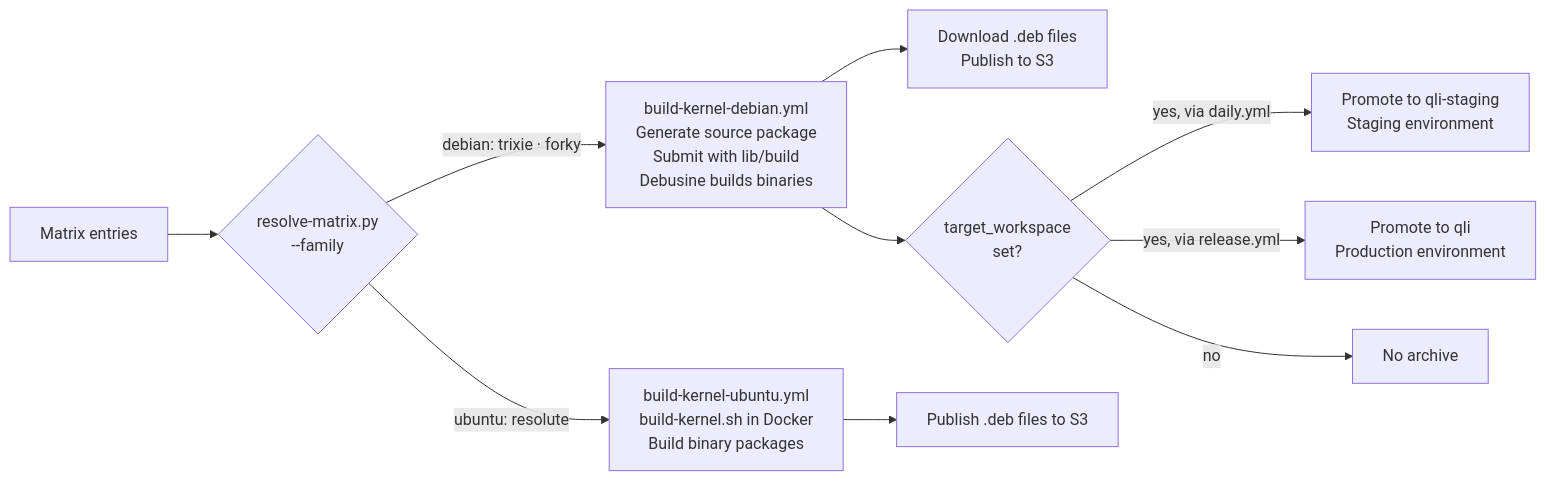
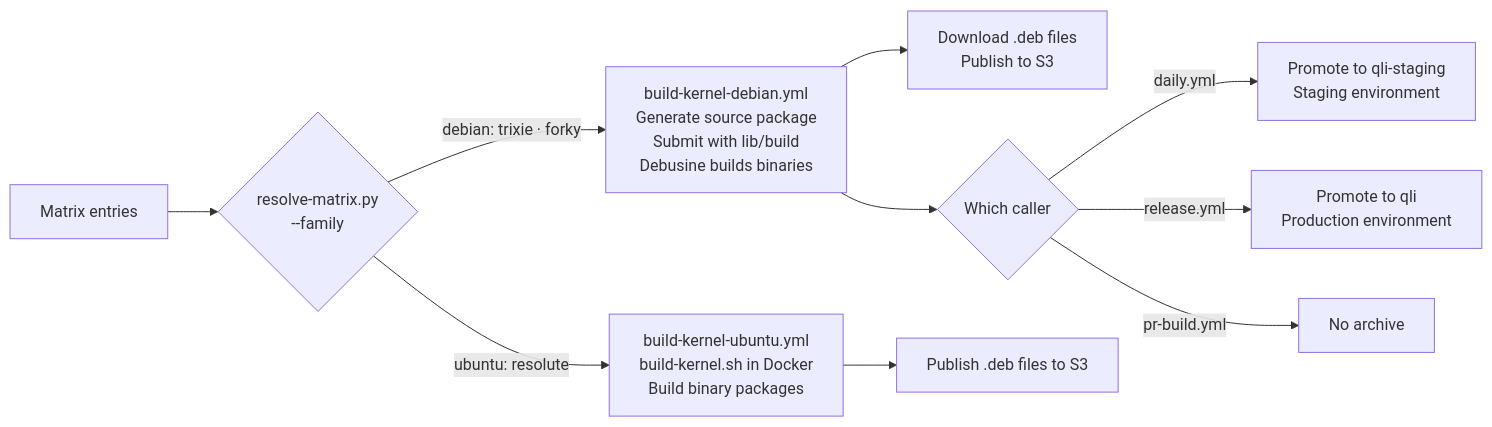
One commit to qualcomm-linux/pkg-linux-qcom changed the first of 6 diagrams in README.md. Above: the diagram before and after it, drawn with Mermaid. The commit also changed other lines of this file and 5 other files, not shown here.

````diff
--- a/README.md
+++ b/README.md
@@ -342,15 +338,15 @@
 ```mermaid
 flowchart LR
     IN["Matrix entries"] --> R{"resolve-matrix.py\n--family"}
 
     R -->|"debian: trixie · forky"| DEB["build-kernel-debian.yml\nGenerate source package\nSubmit with lib/build\nDebusine builds binaries"]
     R -->|"ubuntu: resolute"| UBU["build-kernel-ubuntu.yml\nbuild-kernel.sh in Docker\nBuild binary packages"]
 
     DEB --> S3["Download .deb files\nPublish to S3"]
-    DEB --> TW{"target_workspace\nset?"}
-    TW -->|"yes, via daily.yml"| STG["Promote to qli-staging\nStaging environment"]
-    TW -->|"yes, via release.yml"| REL["Promote to qli\nProduction environment"]
-    TW -->|no| NONE["No archive"]
+    DEB --> TW{"Which caller"}
+    TW -->|"daily.yml"| STG["Promote to qli-staging\nStaging environment"]
+    TW -->|"release.yml"| REL["Promote to qli\nProduction environment"]
+    TW -->|"pr-build.yml"| NONE["No archive"]
     UBU --> US3["Publish .deb files to S3"]
 
 ```
````
